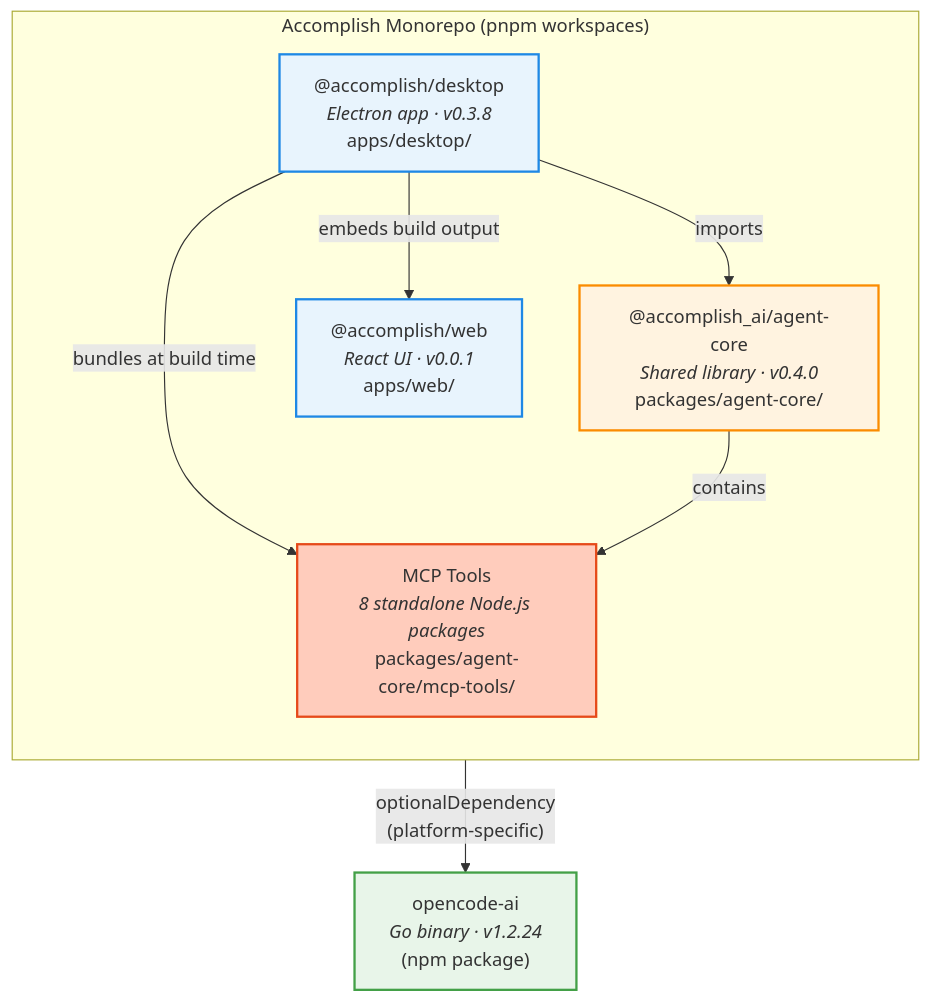
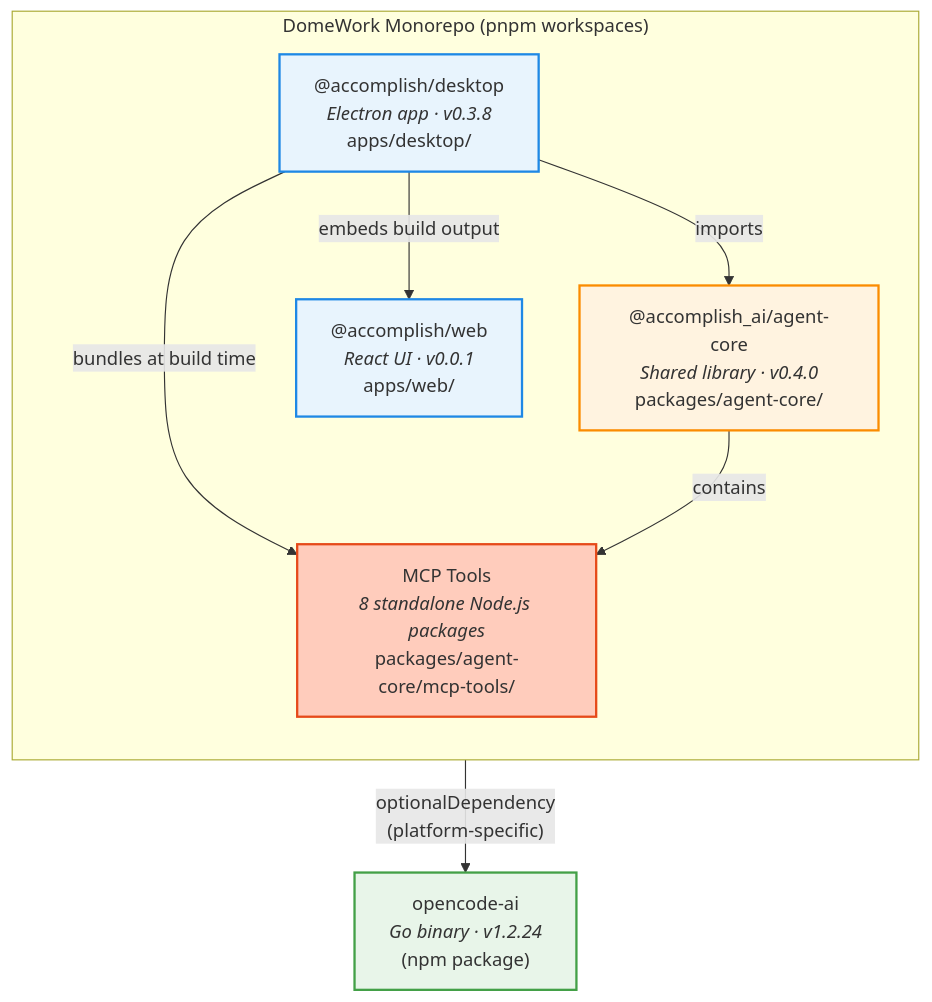
Before and after one commit to dome/accomplish: the first of 7 diagrams in docs/development-viewpoint.md, drawn with Mermaid. The commit also changed other lines of this file and 89 other files, not shown here.

Commit message:
ci: add GitHub Actions workflow for DomeWork binary builds

````diff
--- a/docs/development-viewpoint.md
+++ b/docs/development-viewpoint.md
@@ -11,29 +11,29 @@
 ```mermaid
 graph TD
-  subgraph MONOREPO["Accomplish Monorepo (pnpm workspaces)"]
+  subgraph MONOREPO["DomeWork Monorepo (pnpm workspaces)"]
     direction TB
 
     DESKTOP["@accomplish/desktop<br/><i>Electron app · v0.3.8</i><br/>apps/desktop/"]
     WEB["@accomplish/web<br/><i>React UI · v0.0.1</i><br/>apps/web/"]
     CORE["@accomplish_ai/agent-core<br/><i>Shared library · v0.4.0</i><br/>packages/agent-core/"]
     MCP_TOOLS["MCP Tools<br/><i>8 standalone Node.js packages</i><br/>packages/agent-core/mcp-tools/"]
   end
 
   DESKTOP -->|"imports"| CORE
   DESKTOP -->|"embeds build output"| WEB
   DESKTOP -->|"bundles at build time"| MCP_TOOLS
   CORE -->|"contains"| MCP_TOOLS
 
   OC["opencode-ai<br/><i>Go binary · v1.2.24</i><br/>(npm package)"]
   DESKTOP -->|"optionalDependency<br/>(platform-specific)"| OC
 
   classDef app fill:#e8f4fd,stroke:#1e88e5,stroke-width:2px
   classDef lib fill:#fff3e0,stroke:#fb8c00,stroke-width:2px
   classDef ext fill:#e8f5e9,stroke:#43a047,stroke-width:2px
   classDef mcp fill:#ffccbc,stroke:#e64a19,stroke-width:2px
 
   class DESKTOP,WEB app
   class CORE lib
   class MCP_TOOLS mcp
   class OC ext
 ```
````
